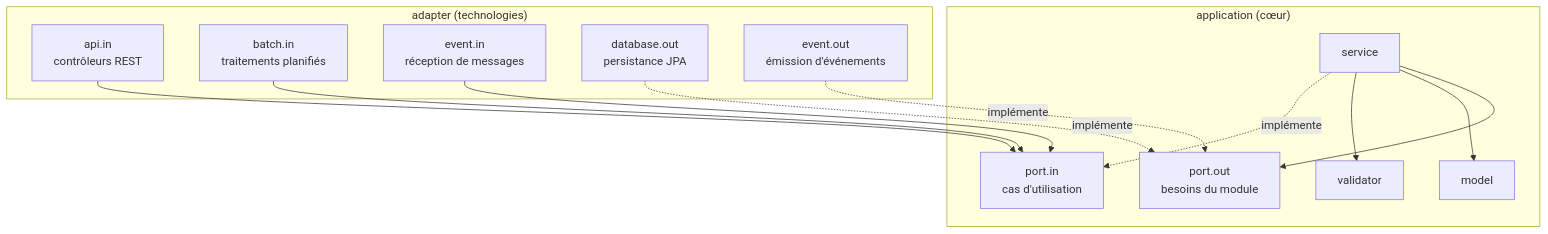
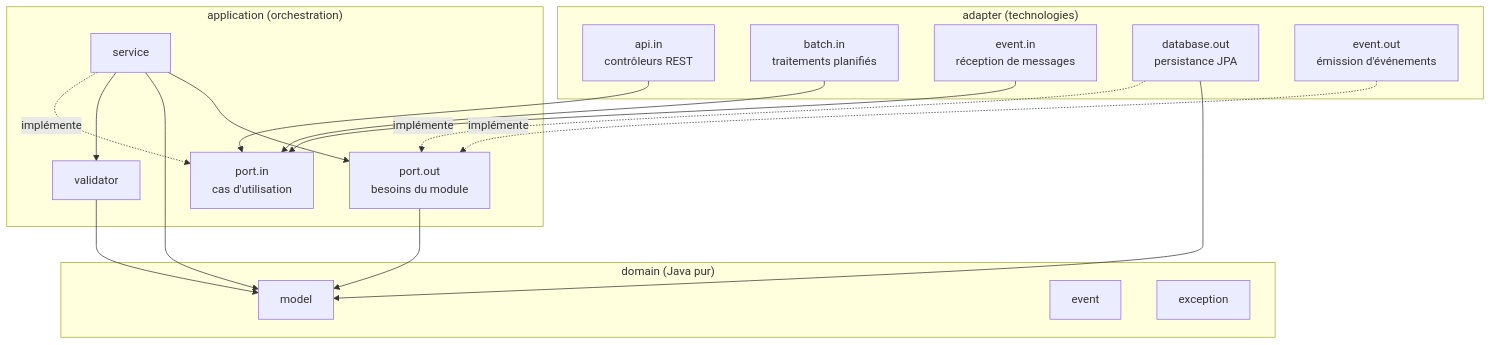
Before and after one commit to inacioc/Arduino: the second of 6 diagrams in sketches/SpringBoot4IntegrationTests4/General.md, drawn with Mermaid. The commit also changed other lines of this file and 1 other file, not shown here.

````diff
--- a/sketches/SpringBoot4IntegrationTests4/General.md
+++ b/sketches/SpringBoot4IntegrationTests4/General.md
@@ -285,26 +307,33 @@
 ```mermaid
 flowchart TB
     subgraph adapters ["adapter (technologies)"]
         API["api.in<br/>contrôleurs REST"]
         BIN["batch.in<br/>traitements planifiés"]
         EIN["event.in<br/>réception de messages"]
         DB["database.out<br/>persistance JPA"]
         EOUT["event.out<br/>émission d'événements"]
     end
-    subgraph app ["application (cœur)"]
+    subgraph app ["application (orchestration)"]
         PIN["port.in<br/>cas d'utilisation"]
         SRV["service"]
         VAL["validator"]
+        POUT["port.out<br/>besoins du module"]
+    end
+    subgraph dom ["domain (Java pur)"]
         MOD["model"]
-        POUT["port.out<br/>besoins du module"]
+        EVT["event"]
+        EXC["exception"]
     end
     API --> PIN
     BIN --> PIN
     EIN --> PIN
     SRV -.->|"implémente"| PIN
     SRV --> VAL
     SRV --> MOD
     SRV --> POUT
+    VAL --> MOD
+    POUT --> MOD
     DB -.->|"implémente"| POUT
     EOUT -.->|"implémente"| POUT
+    DB --> MOD
 ```
````
